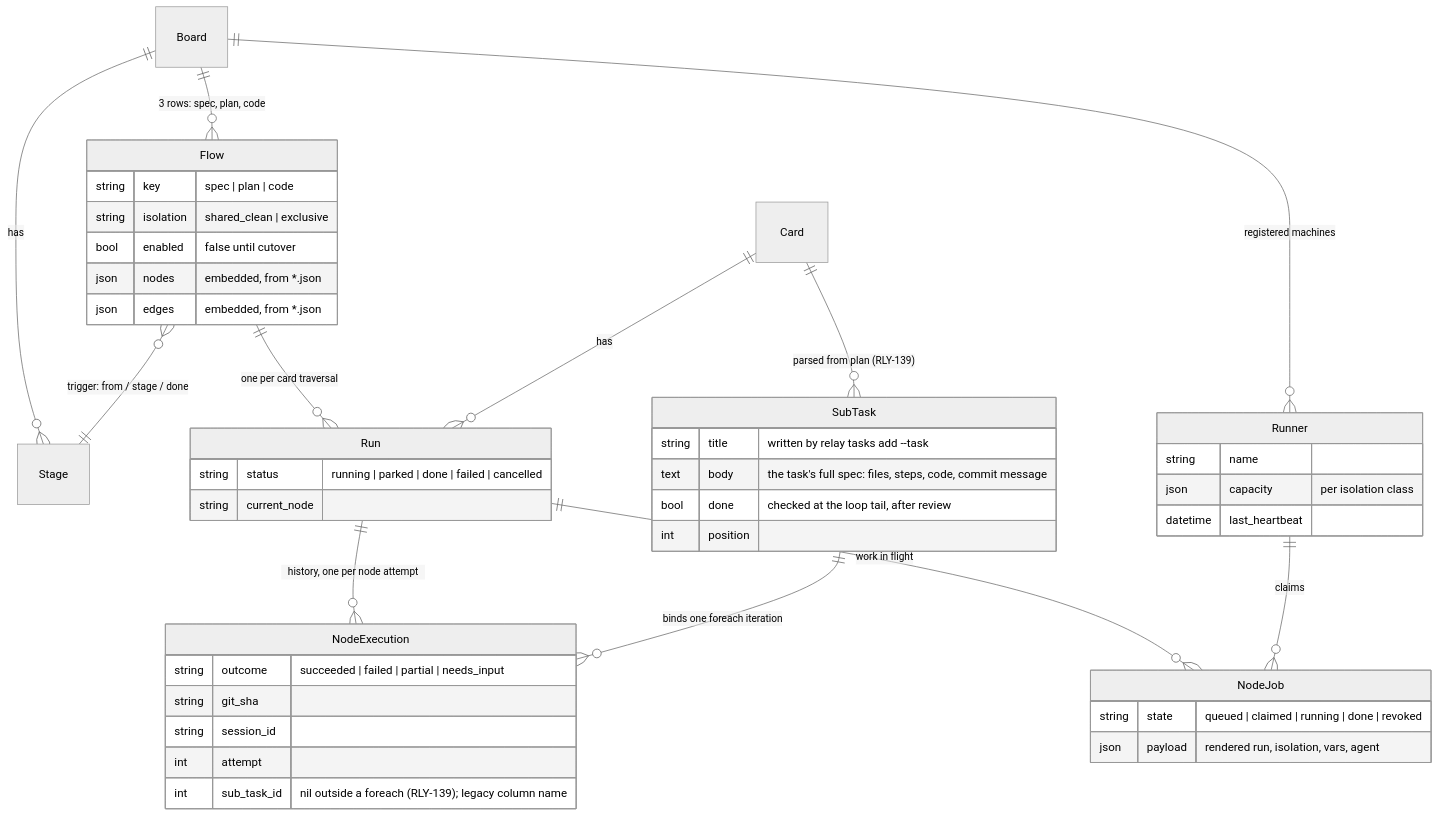
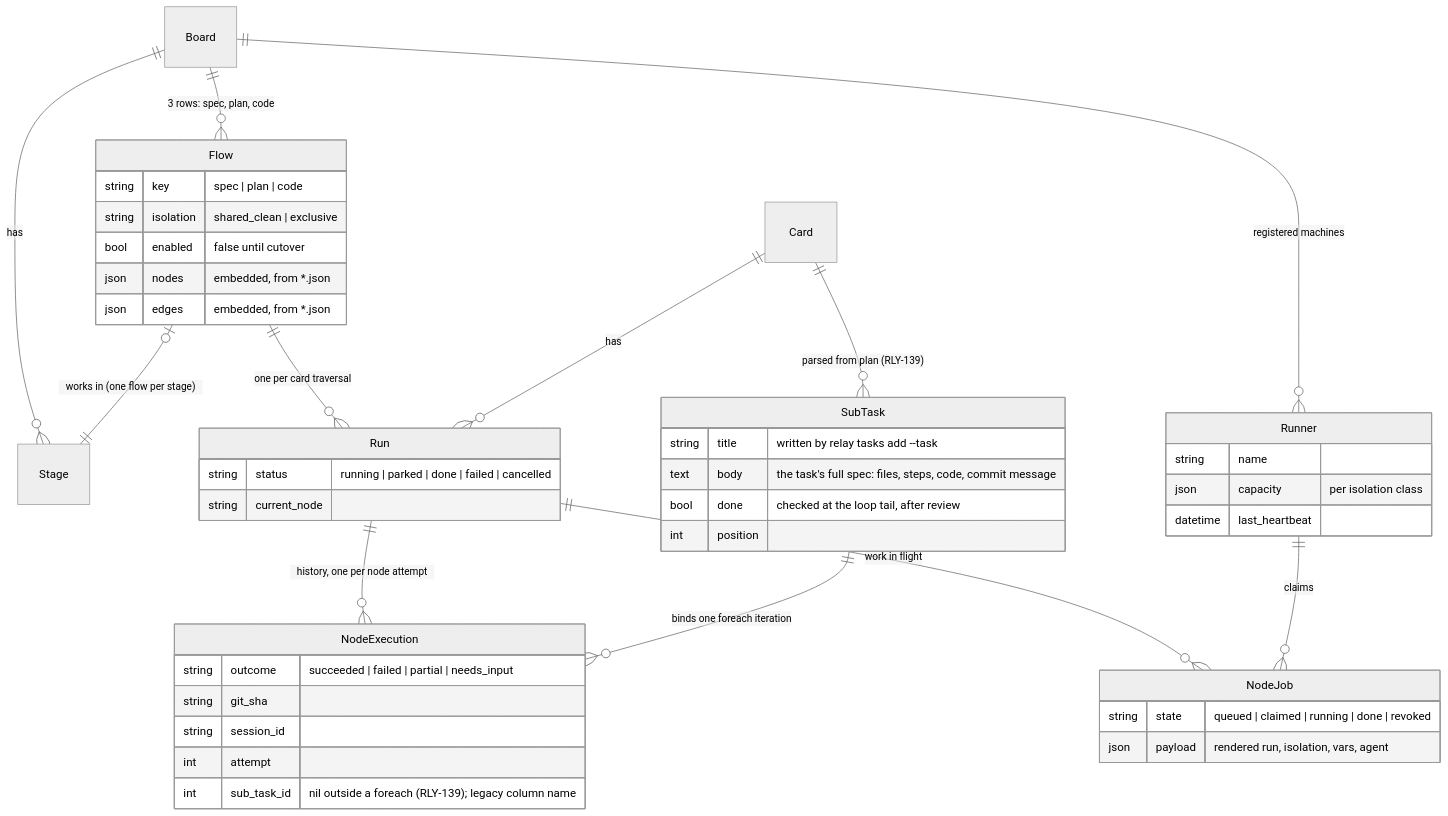
One commit to jeremylightsmith/relay changed the diagram in docs/designs/flows/worked-example.md. Above: the diagram before and after it, drawn with Mermaid (neutral theme). The commit also changed other lines of this file and 119 other files, not shown here.

First line of the commit message:
RE429 Flows belong to one stage; broken board shapes pause loudly

````diff
--- a/docs/designs/flows/worked-example.md
+++ b/docs/designs/flows/worked-example.md
@@ -207,48 +209,48 @@
 ```mermaid
 erDiagram
     Board ||--o{ Stage : has
     Board ||--o{ Flow : "3 rows: spec, plan, code"
-    Flow }o--|| Stage : "trigger: from / stage / done"
+    Flow |o--|| Stage : "works in (one flow per stage)"
     Flow ||--o{ Run : "one per card traversal"
     Card ||--o{ Run : has
     Card ||--o{ SubTask : "parsed from plan (RLY-139)"
     Run ||--o{ NodeExecution : "history, one per node attempt"
     Run ||--o{ NodeJob : "work in flight"
     SubTask ||--o{ NodeExecution : "binds one foreach iteration"
     Runner ||--o{ NodeJob : claims
     Board ||--o{ Runner : "registered machines"
 
     Flow {
         string key "spec | plan | code"
         string isolation "shared_clean | exclusive"
         bool enabled "false until cutover"
         json nodes "embedded, from *.json"
         json edges "embedded, from *.json"
     }
     Run {
         string status "running | parked | done | failed | cancelled"
         string current_node
     }
     SubTask {
         string title "written by relay tasks add --task"
         text body "the task's full spec: files, steps, code, commit message"
         bool done "checked at the loop tail, after review"
         int position
     }
     NodeExecution {
         string outcome "succeeded | failed | partial | needs_input"
         string git_sha
         string session_id
         int attempt
         int sub_task_id "nil outside a foreach (RLY-139); legacy column name"
     }
     NodeJob {
         string state "queued | claimed | running | done | revoked"
         json payload "rendered run, isolation, vars, agent"
     }
     Runner {
         string name
         json capacity "per isolation class"
         datetime last_heartbeat
     }
 ```
````
